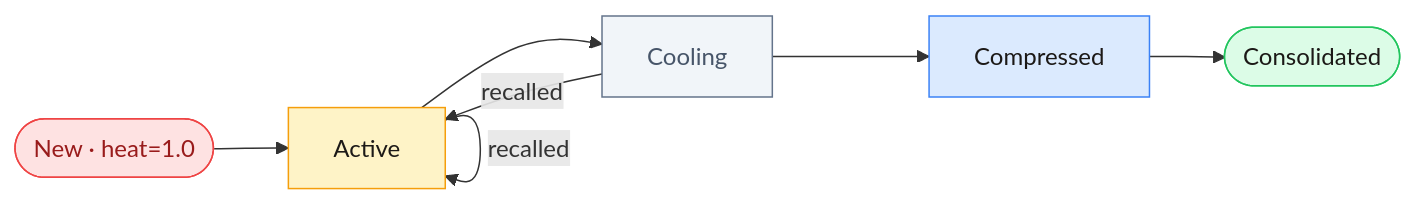
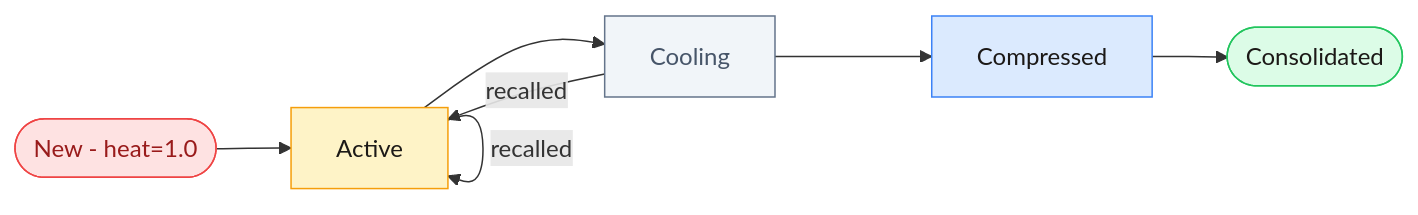
One commit to cdeust/Cortex changed the fourth of 7 diagrams in README.md. Above: the diagram before and after it, drawn with Mermaid. The commit also changed other lines of this file, not shown here.

First line of the commit message:
fix: remove emojis and special chars from mermaid charts

````diff
--- a/README.md
+++ b/README.md
@@ -244,15 +244,15 @@
 ```mermaid
 flowchart LR
-    A([New · heat=1.0]) --> B[Active]
+    A(["New - heat=1.0"]) --> B[Active]
     B --> C[Cooling]
     C --> D[Compressed]
     D --> E([Consolidated])
     B -->|recalled| B
     C -->|recalled| B
 
     style A fill:#fee2e2,stroke:#ef4444,color:#991b1b
     style B fill:#fef3c7,stroke:#f59e0b,color:#1c1917
     style C fill:#f1f5f9,stroke:#64748b,color:#475569
     style D fill:#dbeafe,stroke:#3b82f6,color:#1c1917
     style E fill:#dcfce7,stroke:#22c55e,color:#1c1917
 ```
````
